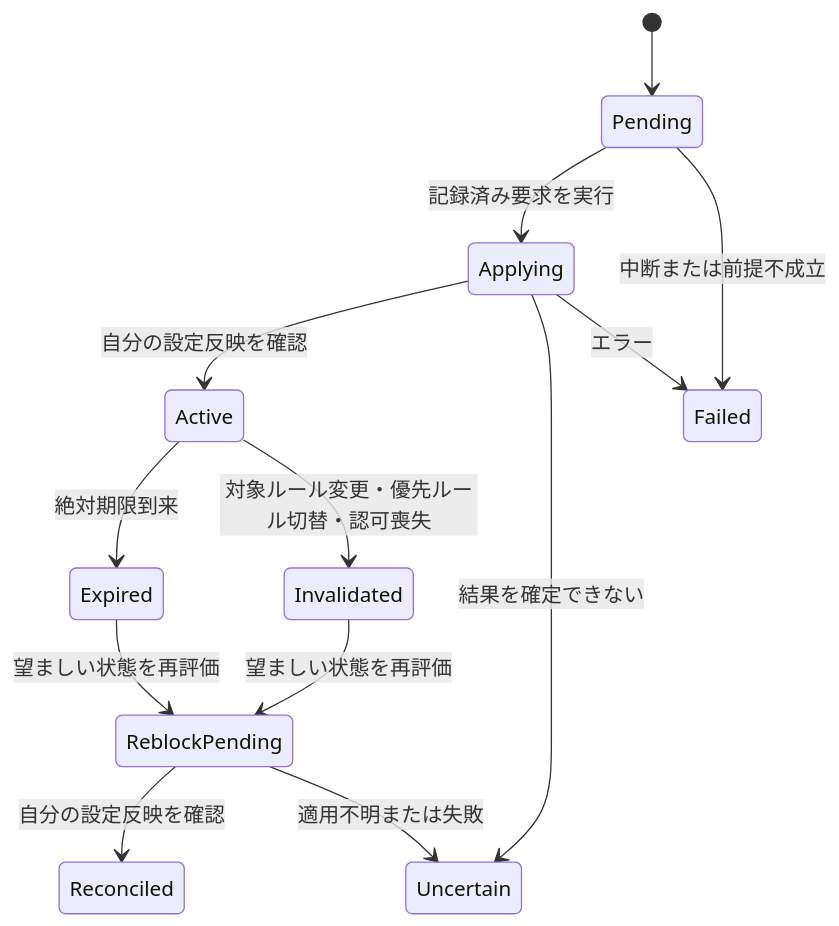
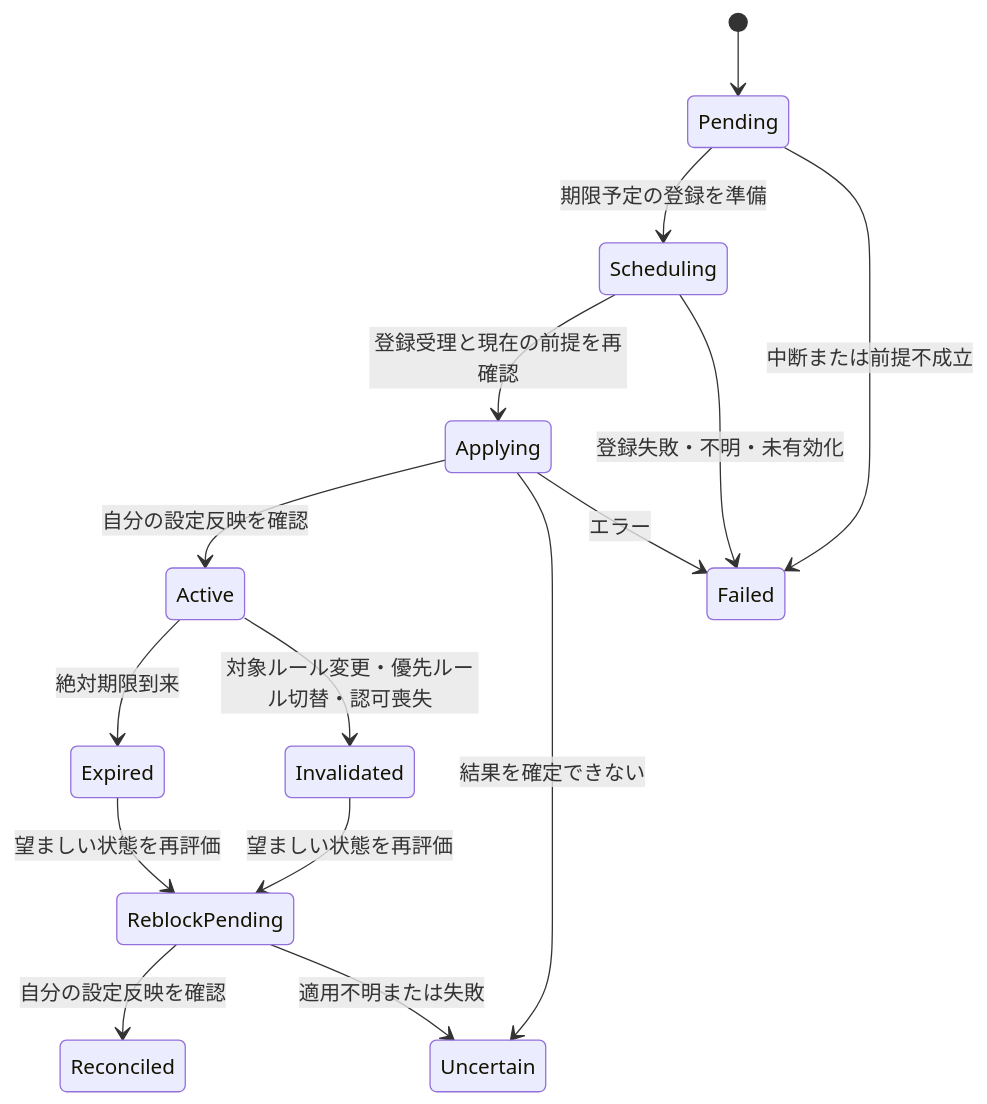
One commit to kzk-maeda/itoma changed the diagram in docs/system/domain-model.md. Above: the diagram before and after it, drawn with Mermaid. The commit also changed other lines of this file and 10 other files, not shown here.

````diff
--- a/docs/system/domain-model.md
+++ b/docs/system/domain-model.md
@@ -29,15 +30,17 @@
 ```mermaid
 stateDiagram-v2
   [*] --> Pending
-  Pending --> Applying: 記録済み要求を実行
+  Pending --> Scheduling: 期限予定の登録を準備
+  Scheduling --> Applying: 登録受理と現在の前提を再確認
+  Scheduling --> Failed: 登録失敗・不明・未有効化
   Pending --> Failed: 中断または前提不成立
   Applying --> Active: 自分の設定反映を確認
   Applying --> Uncertain: 結果を確定できない
   Applying --> Failed: エラー
   Active --> Expired: 絶対期限到来
   Active --> Invalidated: 対象ルール変更・優先ルール切替・認可喪失
   Expired --> ReblockPending: 望ましい状態を再評価
   Invalidated --> ReblockPending: 望ましい状態を再評価
   ReblockPending --> Reconciled: 自分の設定反映を確認
   ReblockPending --> Uncertain: 適用不明または失敗
 ```
````
